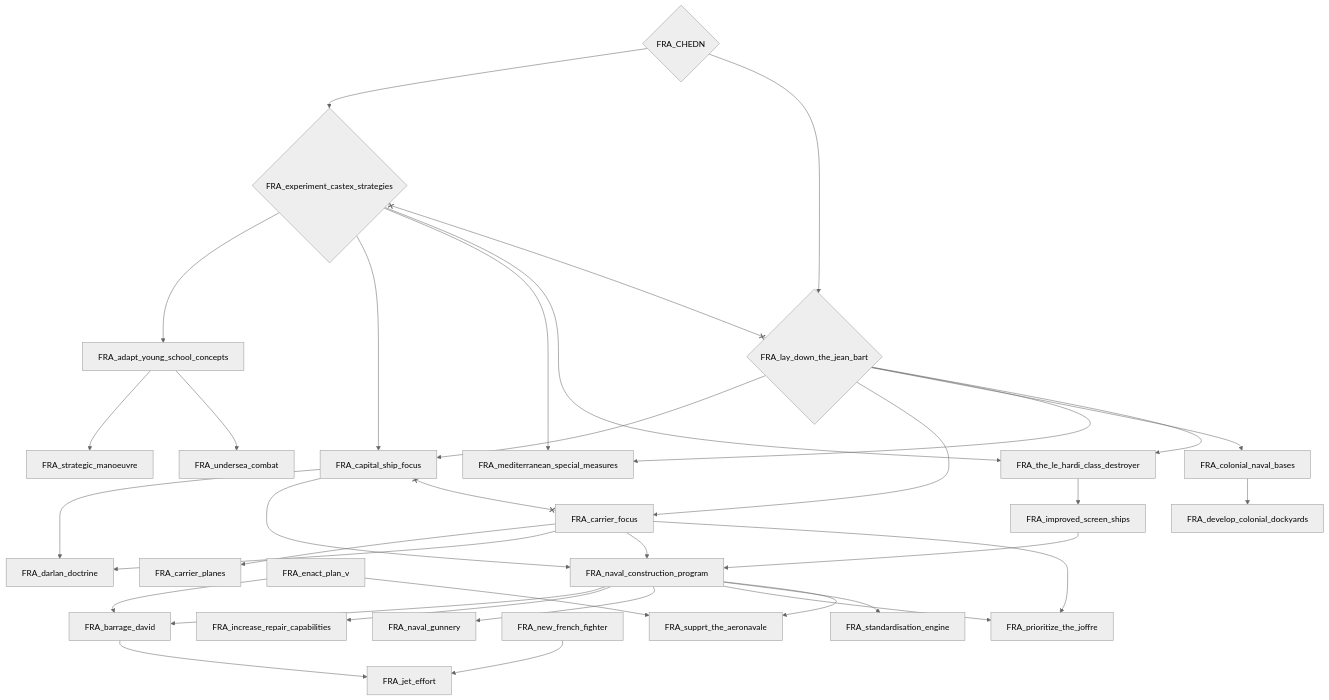
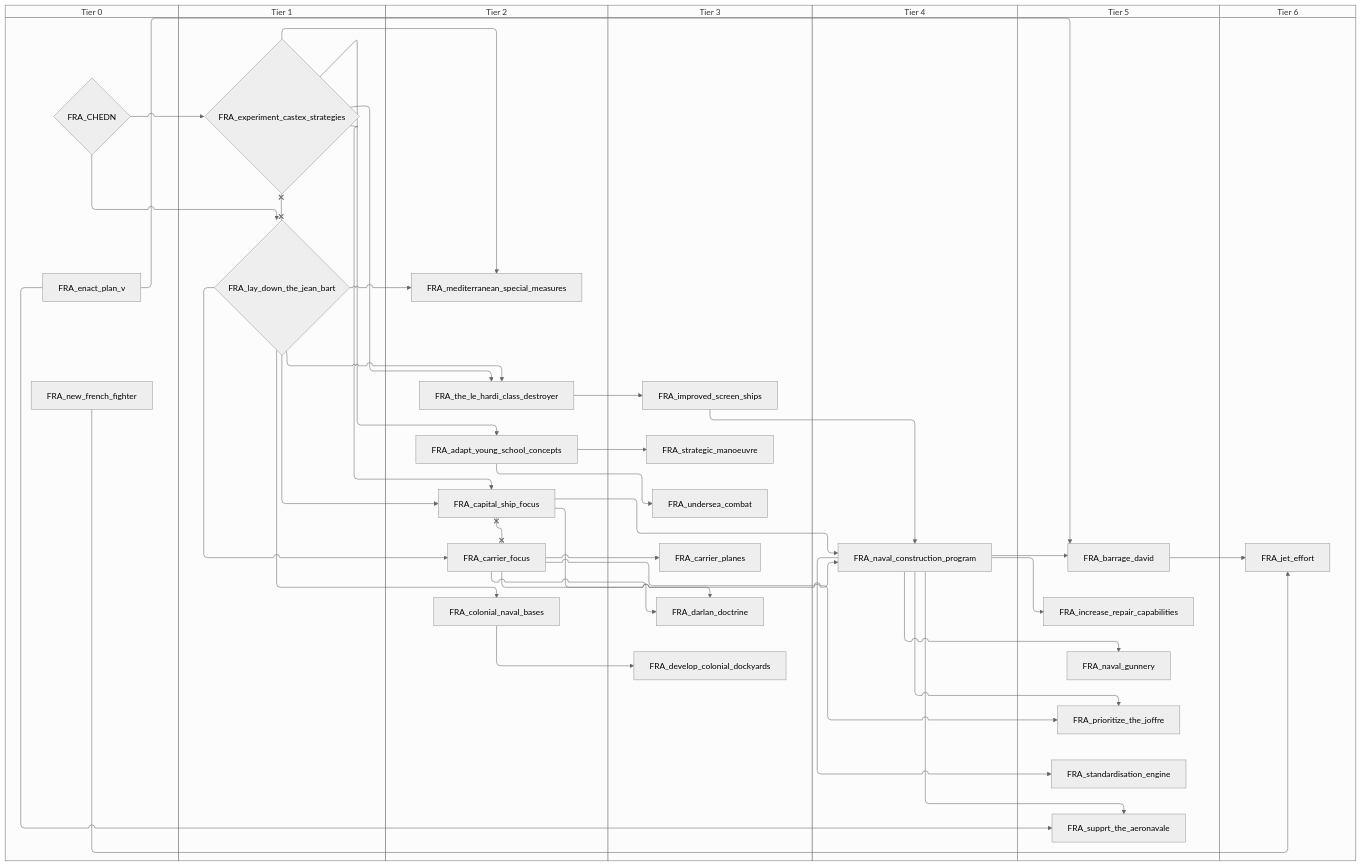
Before and after one commit to evgeny-sobol/hoi4-sandbox-mode-r56: the first of 14 diagrams in docs/gdd/National Focuses/france.md, drawn with Mermaid (neutral theme). The commit also changed other lines of this file and 423 other files, not shown here.

First line of the commit message:
Re-export Rt56 focus trees as swimlane diagrams

````diff
--- a/docs/gdd/National Focuses/france.md
+++ b/docs/gdd/National Focuses/france.md
@@ -3,62 +3,76 @@
 ```mermaid
-flowchart TD
-    n1{"FRA_CHEDN"}
-    n2["FRA_adapt_young_school_concepts"]
-    n3["FRA_barrage_david"]
-    n4["FRA_capital_ship_focus"]
-    n5["FRA_carrier_focus"]
-    n6["FRA_carrier_planes"]
-    n7["FRA_colonial_naval_bases"]
-    n8["FRA_darlan_doctrine"]
-    n9["FRA_develop_colonial_dockyards"]
-    n10["FRA_enact_plan_v"]
-    n11{"FRA_experiment_castex_strategies"}
-    n12["FRA_improved_screen_ships"]
-    n13["FRA_increase_repair_capabilities"]
-    n14["FRA_jet_effort"]
-    n15{"FRA_lay_down_the_jean_bart"}
-    n16["FRA_mediterranean_special_measures"]
-    n17["FRA_naval_construction_program"]
-    n18["FRA_naval_gunnery"]
-    n19["FRA_new_french_fighter"]
-    n20["FRA_prioritize_the_joffre"]
-    n21["FRA_standardisation_engine"]
-    n22["FRA_strategic_manoeuvre"]
-    n23["FRA_supprt_the_aeronavale"]
-    n24["FRA_the_le_hardi_class_destroyer"]
-    n25["FRA_undersea_combat"]
-    n11 --> n2
-    n10 --> n3
-    n17 --> n3
-    n11 --> n4
-    n15 --> n4
-    n15 --> n5
-    n5 --> n6
-    n15 --> n7
-    n4 --> n8
+swimlane-beta TD
+    subgraph tier_0["Tier 0"]
+        n1{"FRA_CHEDN"}
+        n2["FRA_enact_plan_v"]
+        n3["FRA_new_french_fighter"]
+    end
+    subgraph tier_1["Tier 1"]
+        n4{"FRA_experiment_castex_strategies"}
+        n5{"FRA_lay_down_the_jean_bart"}
+    end
+    subgraph tier_2["Tier 2"]
+        n6["FRA_adapt_young_school_concepts"]
+        n7["FRA_capital_ship_focus"]
+        n8["FRA_carrier_focus"]
+        n9["FRA_colonial_naval_bases"]
+        n10["FRA_mediterranean_special_measures"]
+        n11["FRA_the_le_hardi_class_destroyer"]
+    end
+    subgraph tier_3["Tier 3"]
+        n12["FRA_carrier_planes"]
+        n13["FRA_darlan_doctrine"]
+        n14["FRA_develop_colonial_dockyards"]
+        n15["FRA_improved_screen_ships"]
+        n16["FRA_strategic_manoeuvre"]
+        n17["FRA_undersea_combat"]
+    end
+    subgraph tier_4["Tier 4"]
+        n18["FRA_naval_construction_program"]
+    end
+    subgraph tier_5["Tier 5"]
+        n19["FRA_barrage_david"]
+        n20["FRA_increase_repair_capabilities"]
+        n21["FRA_naval_gunnery"]
+        n22["FRA_prioritize_the_joffre"]
+        n23["FRA_standardisation_engine"]
+        n24["FRA_supprt_the_aeronavale"]
+    end
+    subgraph tier_6["Tier 6"]
+        n25["FRA_jet_effort"]
+    end
+    n4 --> n6
+    n2 --> n19
+    n18 --> n19
+    n4 --> n7
+    n5 --> n7
     n5 --> n8
-    n7 --> n9
-    n1 --> n11
-    n24 --> n12
-    n17 --> n13
-    n19 --> n14
-    n3 --> n14
-    n1 --> n15
-    n11 --> n16
-    n15 --> n16
-    n12 --> n17
-    n4 --> n17
-    n5 --> n17
-    n17 --> n18
-    n17 --> n20
-    n5 --> n20
-    n17 --> n21
-    n2 --> n22
-    n10 --> n23
-    n17 --> n23
-    n11 --> n24
-    n15 --> n24
-    n2 --> n25
+    n8 --> n12
+    n5 --> n9
+    n7 --> n13
+    n8 --> n13
+    n9 --> n14
+    n1 --> n4
+    n11 --> n15
+    n18 --> n20
+    n3 --> n25
+    n19 --> n25
+    n1 --> n5
+    n4 --> n10
+    n5 --> n10
+    n15 --> n18
+    n7 --> n18
+    n8 --> n18
+    n18 --> n21
+    n18 --> n22
+    n8 --> n22
+    n18 --> n23
+    n6 --> n16
+    n2 --> n24
+    n18 --> n24
+    n4 --> n11
+    n5 --> n11
+    n6 --> n17
+    n7 x--x n8
     n4 x--x n5
-    n11 x--x n15
 ```
````
